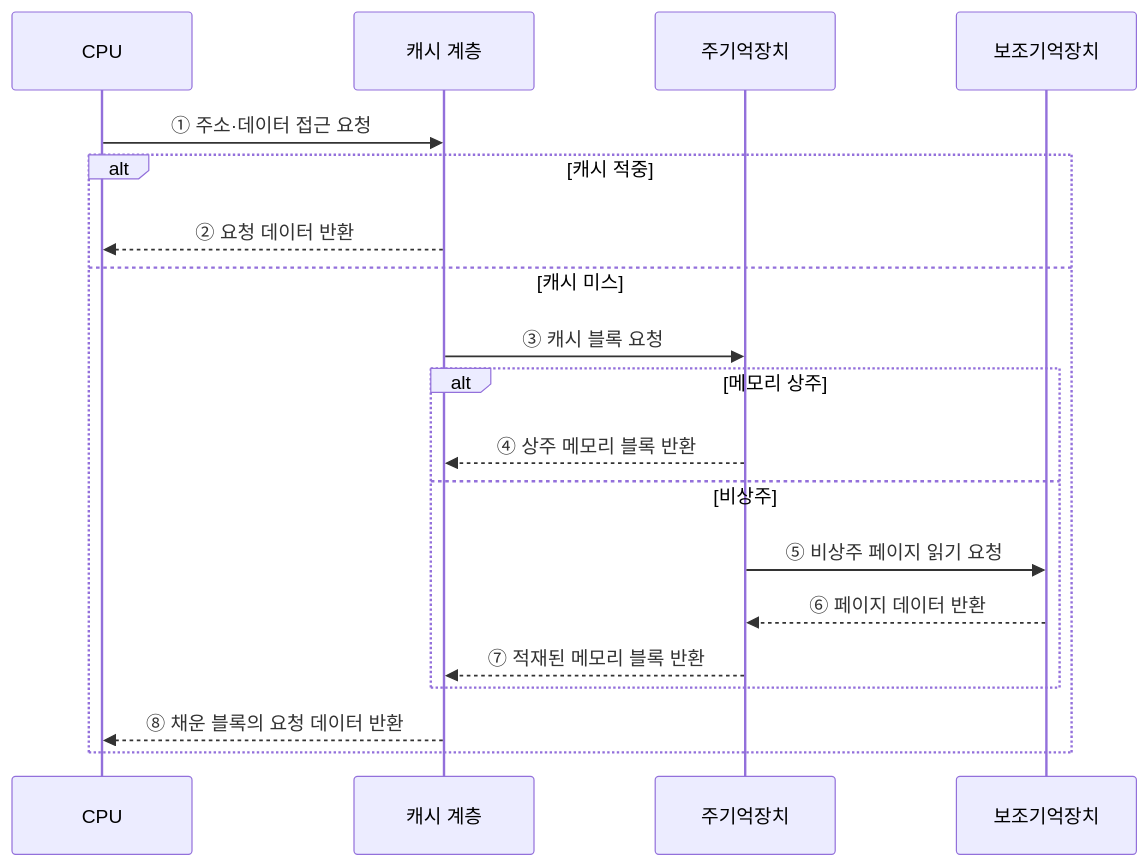
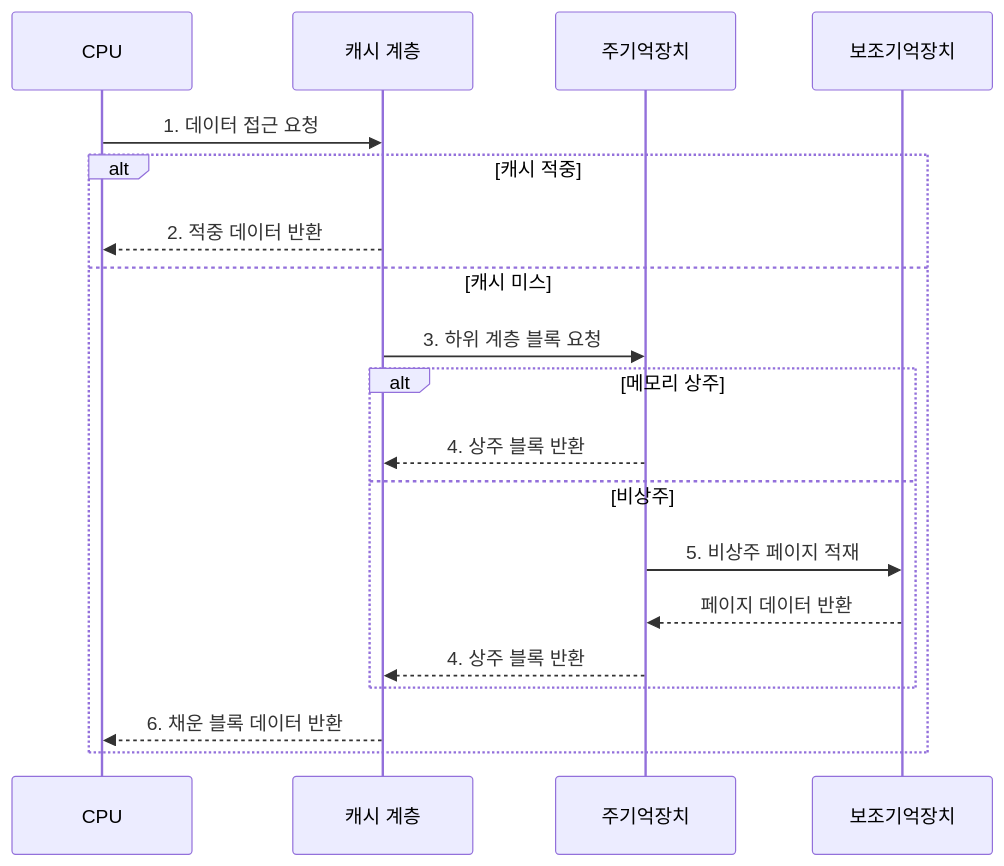
The second of 2 diagrams in src/content/docs/notes/02-hardware/022_memory_hierarchy.md (agnusdei1207/knowledge-base), drawn with Mermaid before and after one commit. The commit also changed other lines of this file and 20 other files, not shown here.

````diff
--- a/src/content/docs/notes/02-hardware/022_memory_hierarchy.md
+++ b/src/content/docs/notes/02-hardware/022_memory_hierarchy.md
@@ -82,21 +93,21 @@
 ```mermaid
 sequenceDiagram
     participant C as CPU
     participant L as 캐시 계층
     participant M as 주기억장치
     participant S as 보조기억장치
-    C->>L: ① 주소·데이터 접근 요청
+    C->>L: 1. 데이터 접근 요청
     alt 캐시 적중
-        L-->>C: ② 요청 데이터 반환
+        L-->>C: 2. 적중 데이터 반환
     else 캐시 미스
-        L->>M: ③ 캐시 블록 요청
+        L->>M: 3. 하위 계층 블록 요청
         alt 메모리 상주
-            M-->>L: ④ 상주 메모리 블록 반환
+            M-->>L: 4. 상주 블록 반환
         else 비상주
-            M->>S: ⑤ 비상주 페이지 읽기 요청
-            S-->>M: ⑥ 페이지 데이터 반환
-            M-->>L: ⑦ 적재된 메모리 블록 반환
+            M->>S: 5. 비상주 페이지 적재
+            S-->>M: 페이지 데이터 반환
+            M-->>L: 4. 상주 블록 반환
         end
-        L-->>C: ⑧ 채운 블록의 요청 데이터 반환
+        L-->>C: 6. 채운 블록 데이터 반환
     end
 ```
````
